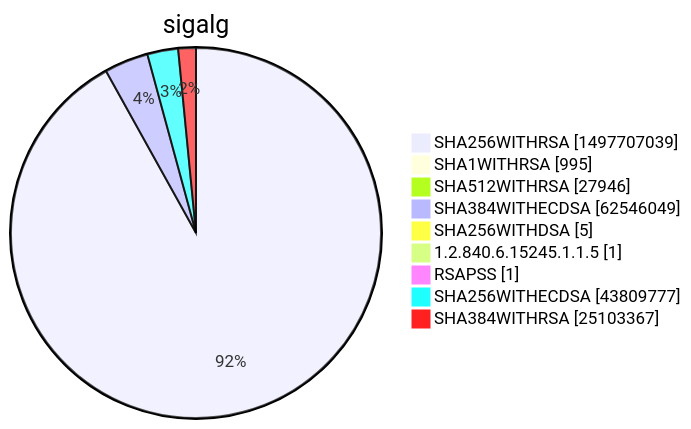
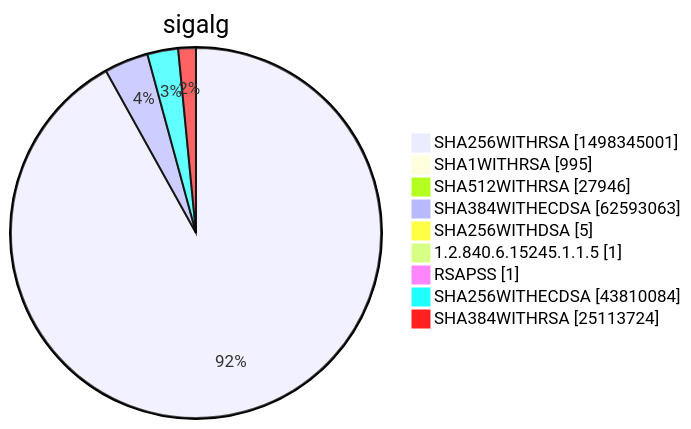
One commit to christiankrug/ctmonitor_visualization changed diagram 15 of 15 in xenon2022/README.md. Above: the diagram before and after it, drawn with Mermaid. The commit also changed other lines of this file, not shown here.

````diff
--- a/xenon2022/README.md
+++ b/xenon2022/README.md
@@ -5864,13 +5864,13 @@
 ```mermaid
 pie showData
 title sigalg
-"SHA256WITHRSA" :1497707039
+"SHA256WITHRSA" :1498345001
 "SHA1WITHRSA" :995
 "SHA512WITHRSA" :27946
-"SHA384WITHECDSA" :62546049
+"SHA384WITHECDSA" :62593063
 "SHA256WITHDSA" :5
 "1.2.840.6.15245.1.1.5" :1
 "RSAPSS" :1
-"SHA256WITHECDSA" :43809777
-"SHA384WITHRSA" :25103367
+"SHA256WITHECDSA" :43810084
+"SHA384WITHRSA" :25113724
 ```
````
